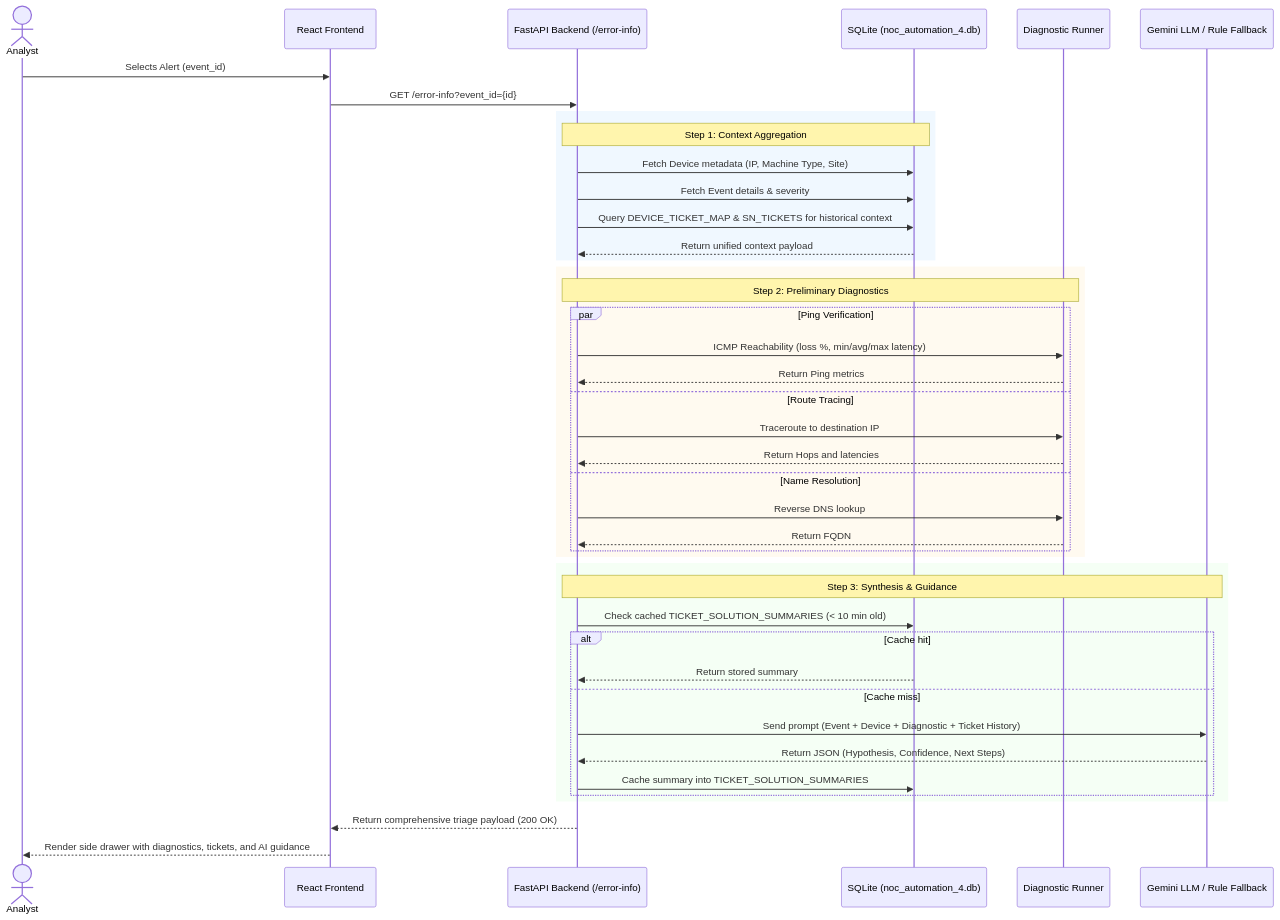
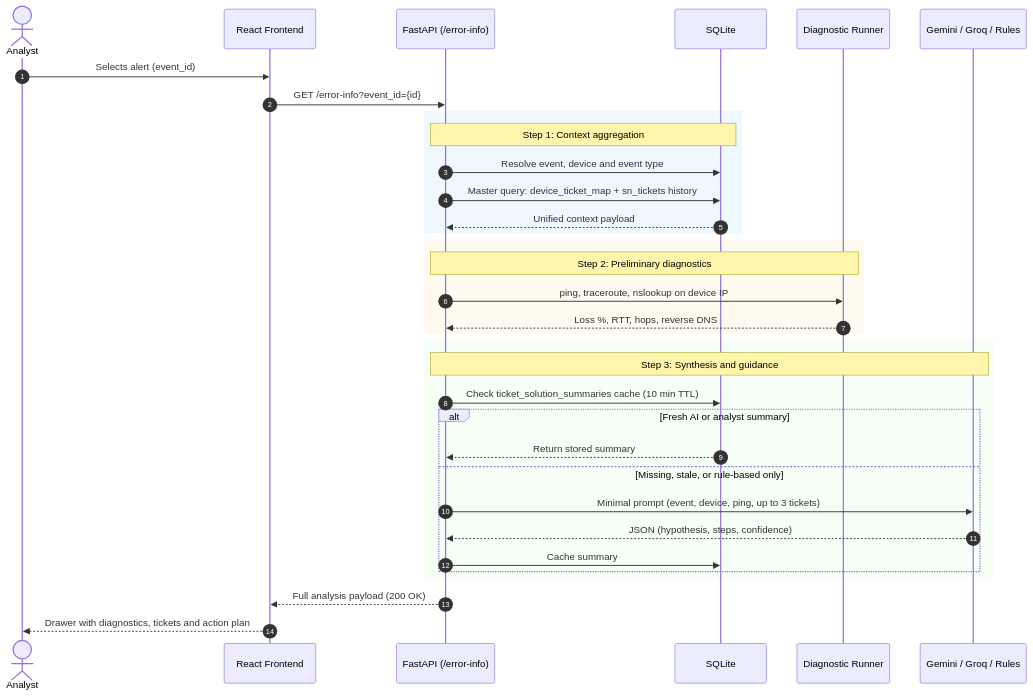
The third of 4 diagrams in docs/documentation.md (sanchiitvijay/noc-ps), drawn with Mermaid before and after one commit. The commit also changed other lines of this file and 3 other files, not shown here.

````diff
--- a/docs/documentation.md
+++ b/docs/documentation.md
@@ -197,49 +248,41 @@
 ```mermaid
 sequenceDiagram
+    autonumber
     actor Analyst
     participant UI as React Frontend
-    participant API as FastAPI Backend (/error-info)
-    participant DB as SQLite (noc_automation_4.db)
+    participant API as FastAPI (/error-info)
+    participant DB as SQLite
     participant Diag as Diagnostic Runner
-    participant AI as Gemini LLM / Rule Fallback
+    participant AI as Gemini / Groq / Rules
 
-    Analyst->>UI: Selects Alert (event_id)
+    Analyst->>UI: Selects alert (event_id)
     UI->>API: GET /error-info?event_id={id}
-    
+
     rect rgb(240, 248, 255)
-    Note over API,DB: Step 1: Context Aggregation
-    API->>DB: Fetch Device metadata (IP, Machine Type, Site)
-    API->>DB: Fetch Event details & severity
-    API->>DB: Query DEVICE_TICKET_MAP & SN_TICKETS for historical context
-    DB-->>API: Return unified context payload
+    Note over API,DB: Step 1: Context aggregation
+    API->>DB: Resolve event, device and event type
+    API->>DB: Master query: device_ticket_map + sn_tickets history
+    DB-->>API: Unified context payload
     end
 
     rect rgb(255, 250, 240)
-    Note over API,Diag: Step 2: Preliminary Diagnostics
-    par Ping Verification
-        API->>Diag: ICMP Reachability (loss %, min/avg/max latency)
-        Diag-->>API: Return Ping metrics
-    and Route Tracing
-        API->>Diag: Traceroute to destination IP
-        Diag-->>API: Return Hops and latencies
-    and Name Resolution
-        API->>Diag: Reverse DNS lookup
-        Diag-->>API: Return FQDN
+    Note over API,Diag: Step 2: Preliminary diagnostics
+    API->>Diag: ping, traceroute, nslookup on device IP
+    Diag-->>API: Loss %, RTT, hops, reverse DNS
+    end
+
+    rect rgb(245, 255, 245)
+    Note over API,AI: Step 3: Synthesis and guidance
+    API->>DB: Check ticket_solution_summaries cache (10 min TTL)
+    alt Fresh AI or analyst summary
+        DB-->>API: Return stored summary
+    else Missing, stale, or rule-based only
+        API->>AI: Minimal prompt (event, device, ping, up to 3 tickets)
+        AI-->>API: JSON (hypothesis, steps, confidence)
+        API->>DB: Cache summary
     end
     end
 
-    rect rgb(245, 255, 245)
-    Note over API,AI: Step 3: Synthesis & Guidance
-    API->>DB: Check cached TICKET_SOLUTION_SUMMARIES (< 10 min old)
-    alt Cache hit
-        DB-->>API: Return stored summary
-    else Cache miss
-        API->>AI: Send prompt (Event + Device + Diagnostic + Ticket History)
-        AI-->>API: Return JSON (Hypothesis, Confidence, Next Steps)
-        API->>DB: Cache summary into TICKET_SOLUTION_SUMMARIES
-    end
-    end
-
-    API-->>UI: Return comprehensive triage payload (200 OK)
-    UI-->>Analyst: Render side drawer with diagnostics, tickets, and AI guidance
+    API-->>UI: Full analysis payload (200 OK)
+    UI-->>Analyst: Drawer with diagnostics, tickets and action plan
 ```
````
